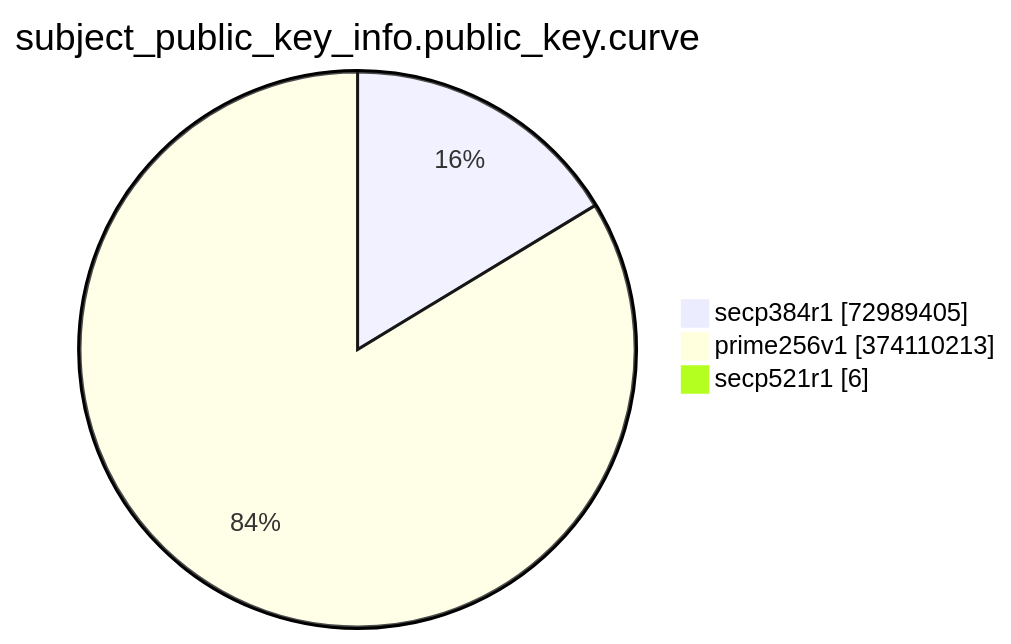
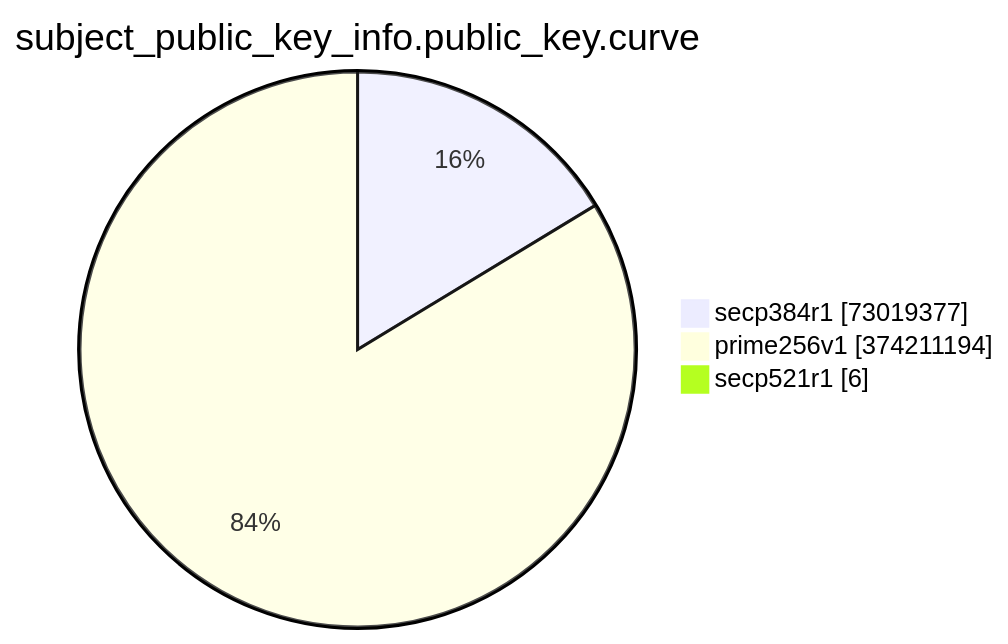
Before and after one commit to christiankrug/ctmonitor_visualization: the eighth of 15 diagrams in TOTAL/README.md, drawn with Mermaid. The commit also changed other lines of this file, not shown here.

````diff
--- a/TOTAL/README.md
+++ b/TOTAL/README.md
@@ -3092,7 +3092,7 @@
 ```mermaid
 pie showData
 title subject_public_key_info.public_key.curve
-"secp384r1" :72989405
-"prime256v1" :374110213
+"secp384r1" :73019377
+"prime256v1" :374211194
 "secp521r1" :6
 ```
````
